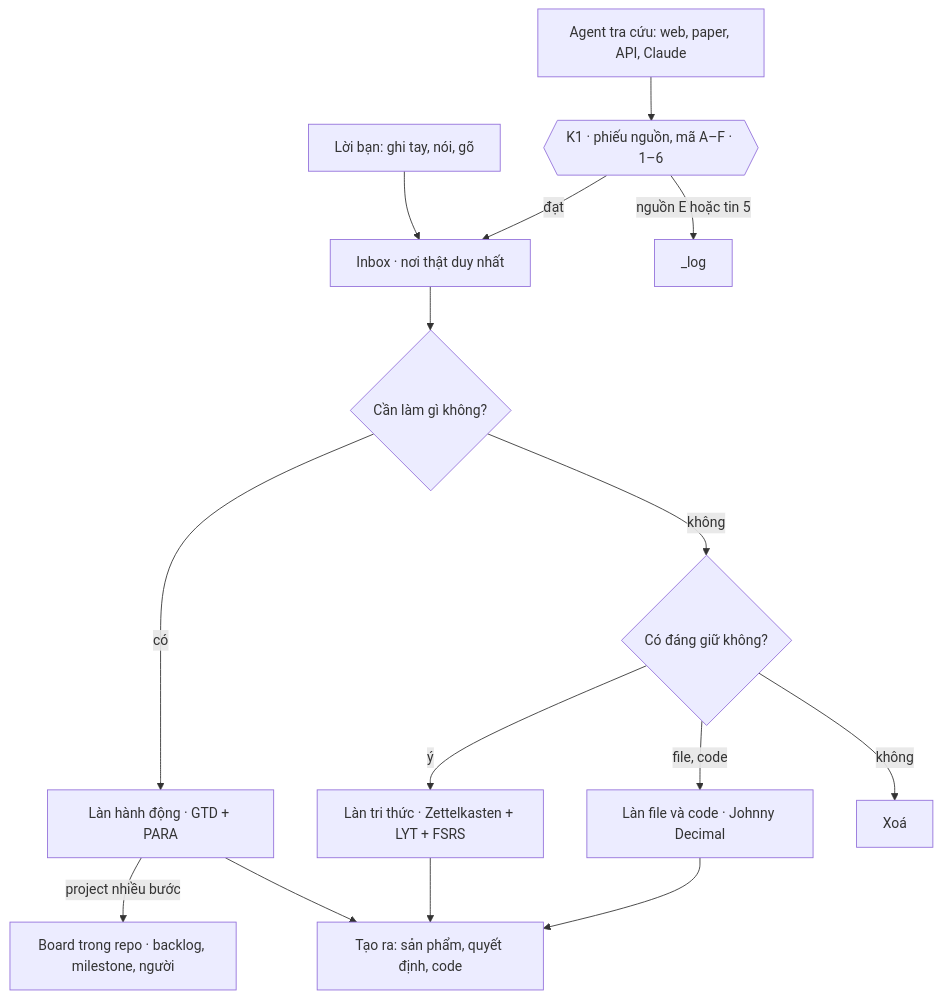
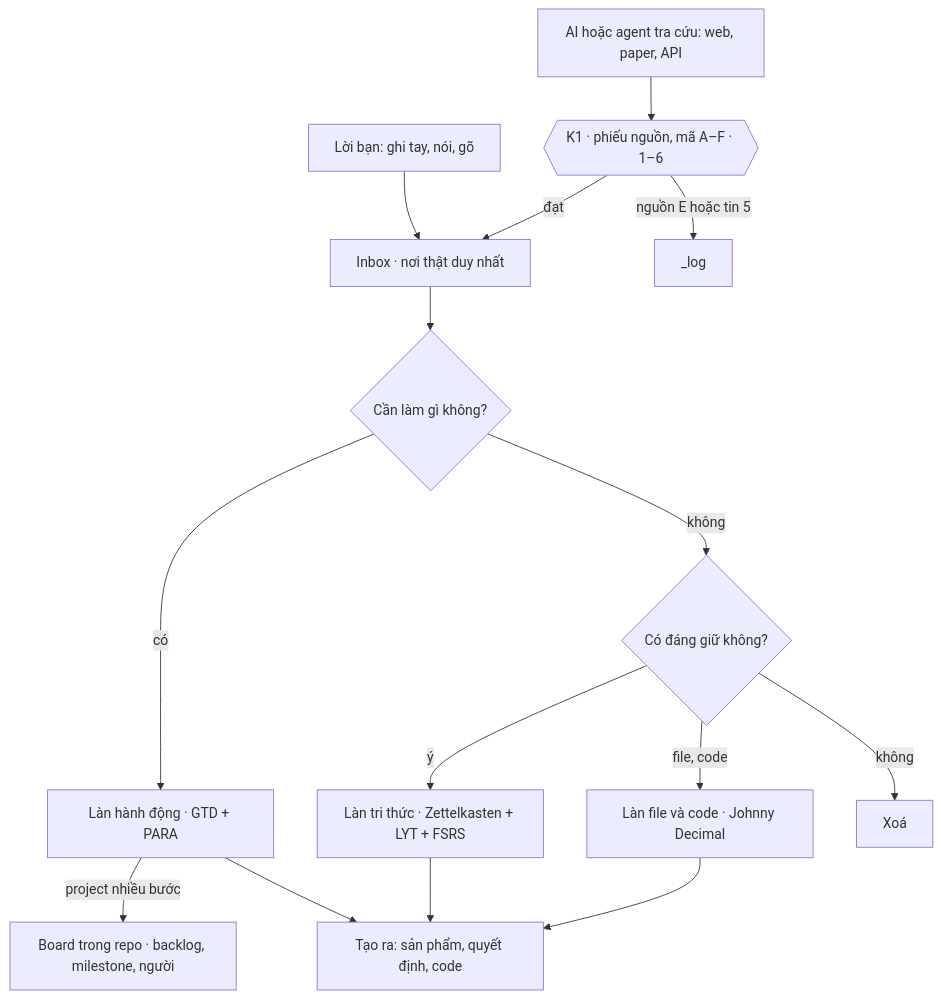
One commit to DaveTran243/Brain_Standard changed the diagram in README.md. Above: the diagram before and after it, drawn with Mermaid. The commit also changed other lines of this file and 8 other files, not shown here.

````diff
--- a/README.md
+++ b/README.md
@@ -13,17 +58,17 @@
 ```mermaid
 flowchart TD
   T["Lời bạn: ghi tay, nói, gõ"] --> IN["Inbox · nơi thật duy nhất"]
-  AG["Agent tra cứu: web, paper, API, Claude"] --> K1{{"K1 · phiếu nguồn, mã A–F · 1–6"}}
+  AG["AI hoặc agent tra cứu: web, paper, API"] --> K1{{"K1 · phiếu nguồn, mã A–F · 1–6"}}
   K1 -- "đạt" --> IN
   K1 -- "nguồn E hoặc tin 5" --> LOG["_log"]
   IN --> Q1{"Cần làm gì không?"}
   Q1 -- "có" --> HD["Làn hành động · GTD + PARA"]
   Q1 -- "không" --> Q2{"Có đáng giữ không?"}
   Q2 -- "ý" --> TT["Làn tri thức · Zettelkasten + LYT + FSRS"]
   Q2 -- "file, code" --> FC["Làn file và code · Johnny Decimal"]
   Q2 -- "không" --> X["Xoá"]
   HD -- "project nhiều bước" --> BD["Board trong repo · backlog, milestone, người"]
   HD --> TR["Tạo ra: sản phẩm, quyết định, code"]
   TT --> TR
   FC --> TR
 ```
````
